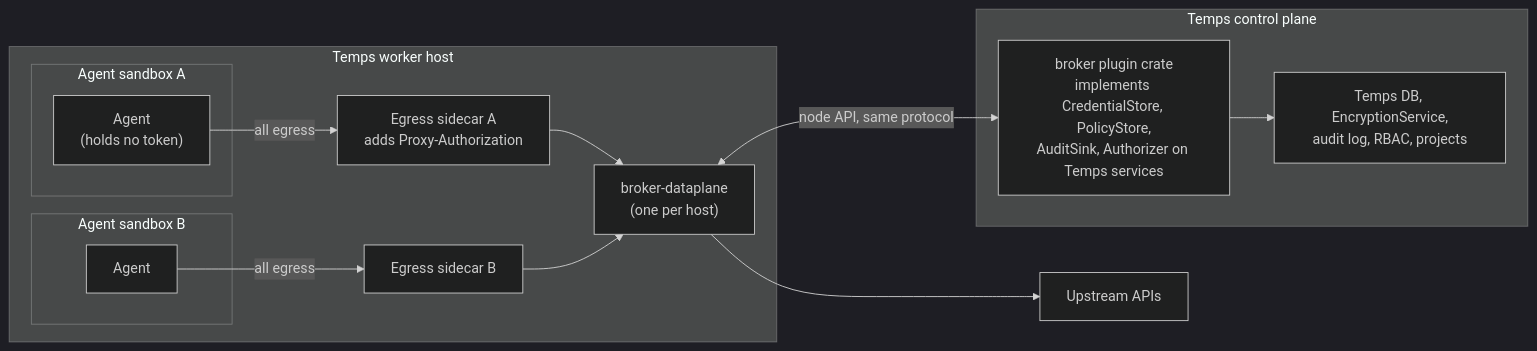
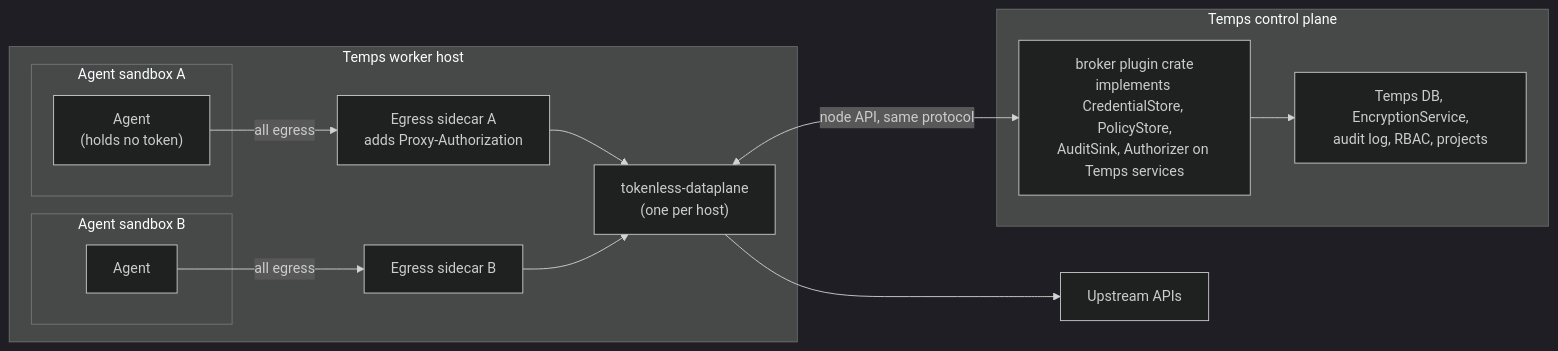
Before and after one commit to gotempsh/tokenless: the third of 3 diagrams in docs/adr/0001-architecture.md, drawn with Mermaid (dark theme). The commit also changed other lines of this file and 300 other files, not shown here.

````diff
--- a/docs/adr/0001-architecture.md
+++ b/docs/adr/0001-architecture.md
@@ -123,25 +123,25 @@
 ```mermaid
 flowchart LR
   subgraph Worker["Temps worker host"]
     subgraph SB1["Agent sandbox A"]
       A1["Agent<br/>(holds no token)"]
     end
     subgraph SB2["Agent sandbox B"]
       A2["Agent"]
     end
     S1["Egress sidecar A<br/>adds Proxy-Authorization"]
     S2["Egress sidecar B"]
-    DP["broker-dataplane<br/>(one per host)"]
+    DP["tokenless-dataplane<br/>(one per host)"]
     A1 -->|all egress| S1 --> DP
     A2 -->|all egress| S2 --> DP
   end
 
   subgraph Temps["Temps control plane"]
     Plugin["broker plugin crate<br/>implements CredentialStore, PolicyStore,<br/>AuditSink, Authorizer on Temps services"]
     TS["Temps DB, EncryptionService,<br/>audit log, RBAC, projects"]
     Plugin --> TS
   end
 
   DP <-->|node API, same protocol| Plugin
   DP --> Up["Upstream APIs"]
 ```
````
